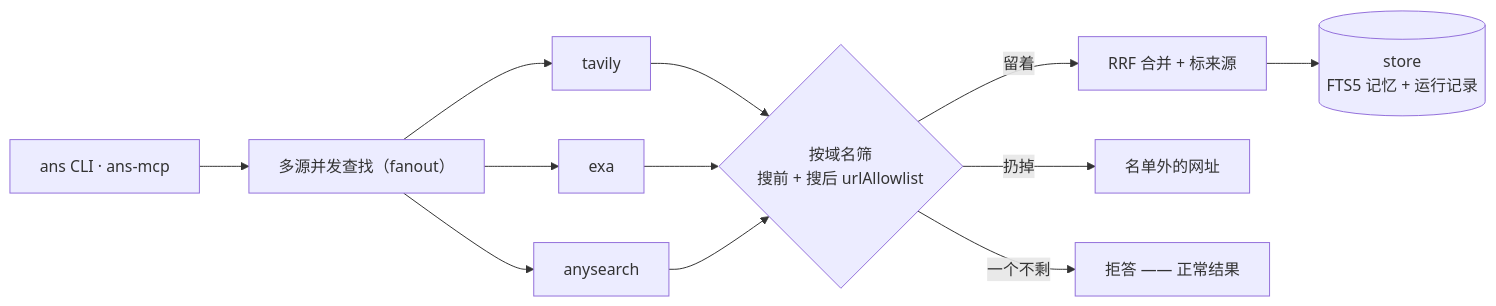
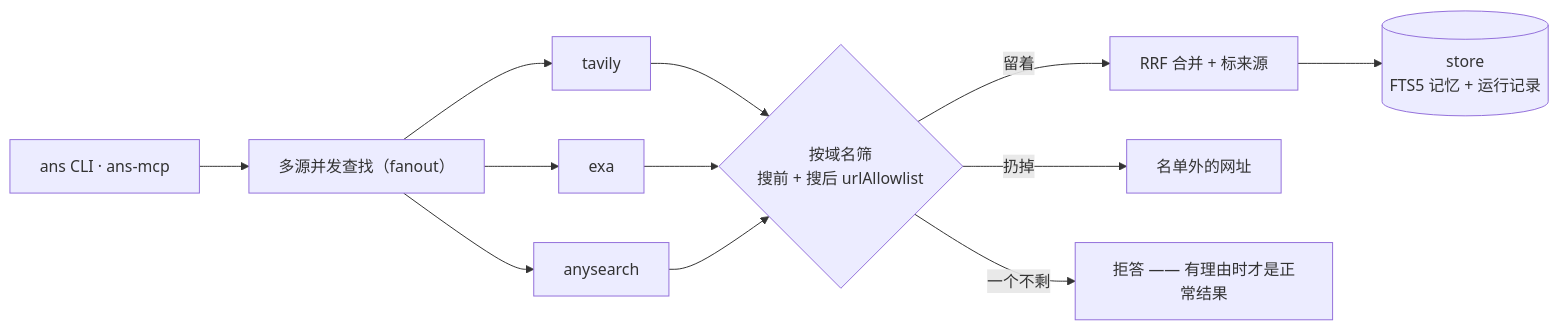
Before and after one commit to Xxx91n/anysearch-cli: the diagram in README.zh-CN.md, drawn with Mermaid. The commit also changed other lines of this file and 41 other files, not shown here.

````diff
--- a/README.zh-CN.md
+++ b/README.zh-CN.md
@@ -220,12 +219,12 @@
 ```mermaid
 flowchart LR
     U["ans CLI · ans-mcp"] --> Q["多源并发查找（fanout）"]
     Q --> T["tavily"]
     Q --> E["exa"]
     Q --> A["anysearch"]
     T & E & A --> G{"按域名筛<br/>搜前 + 搜后 urlAllowlist"}
     G -->|"留着"| F["RRF 合并 + 标来源"]
     G -->|"扔掉"| X["名单外的网址"]
-    G -->|"一个不剩"| Z["拒答 —— 正常结果"]
+    G -->|"一个不剩"| Z["拒答 —— 有理由时才是正常结果"]
     F --> S[("store<br/>FTS5 记忆 + 运行记录")]
 ```
````
